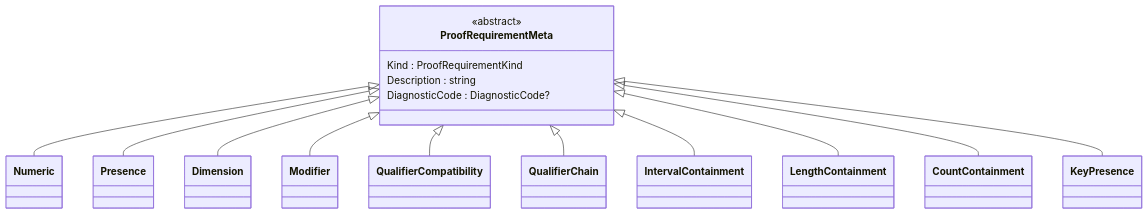
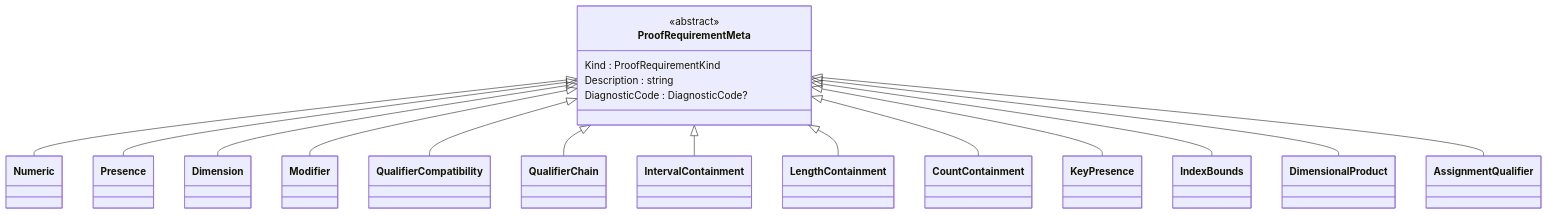
One commit to sfalik/Precept changed the fifth of 6 diagrams in docs/language/catalog-system.md. Above: the diagram before and after it, drawn with Mermaid. The commit also changed other lines of this file and 4 other files, not shown here.

````diff
--- a/docs/language/catalog-system.md
+++ b/docs/language/catalog-system.md
@@ -548,29 +548,35 @@
 ```mermaid
 classDiagram
     class ProofRequirementMeta {
         <<abstract>>
         Kind : ProofRequirementKind
         Description : string
         DiagnosticCode : DiagnosticCode?
     }
     class Numeric { }
     class Presence { }
     class Dimension { }
     class Modifier { }
     class QualifierCompatibility { }
     class QualifierChain { }
     class IntervalContainment { }
     class LengthContainment { }
     class CountContainment { }
     class KeyPresence { }
+    class IndexBounds { }
+    class DimensionalProduct { }
+    class AssignmentQualifier { }
     ProofRequirementMeta <|-- Numeric
     ProofRequirementMeta <|-- Presence
     ProofRequirementMeta <|-- Dimension
     ProofRequirementMeta <|-- Modifier
     ProofRequirementMeta <|-- QualifierCompatibility
     ProofRequirementMeta <|-- QualifierChain
     ProofRequirementMeta <|-- IntervalContainment
     ProofRequirementMeta <|-- LengthContainment
     ProofRequirementMeta <|-- CountContainment
     ProofRequirementMeta <|-- KeyPresence
+    ProofRequirementMeta <|-- IndexBounds
+    ProofRequirementMeta <|-- DimensionalProduct
+    ProofRequirementMeta <|-- AssignmentQualifier
 ```
````
